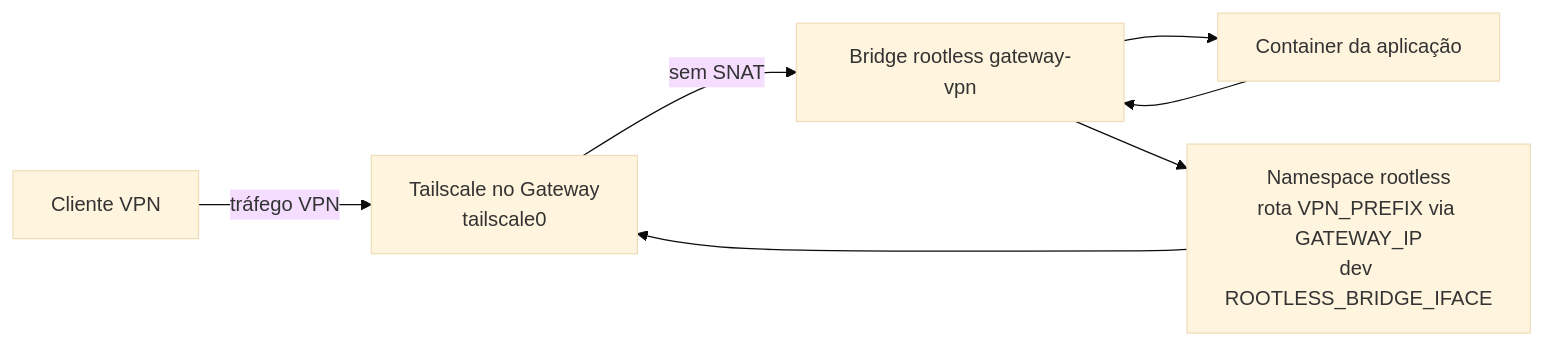
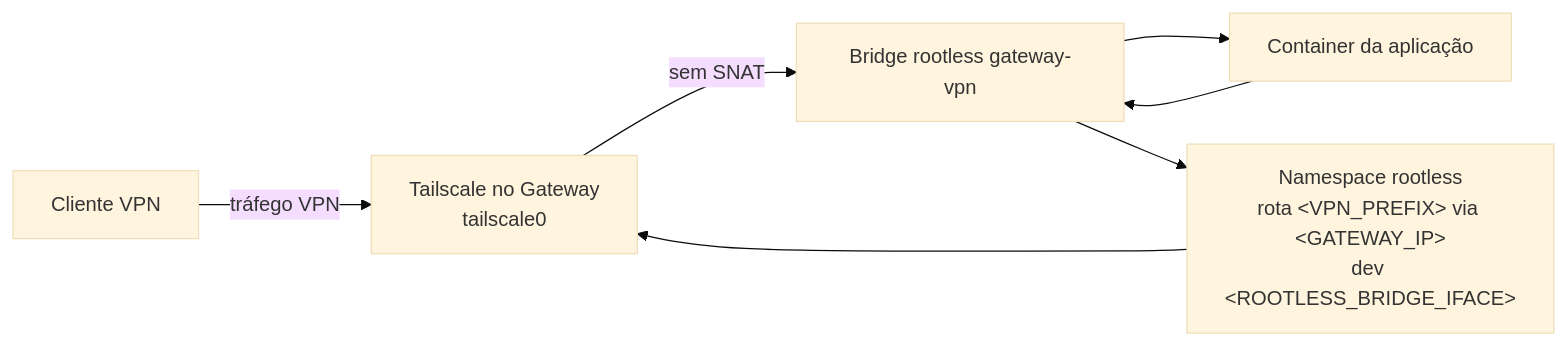
The diagram in docs/recipes/gateway-headscale-podman-rootless.md (FSLobao/webAppBoilerPlate), drawn with Mermaid (base theme) before and after one commit. The commit also changed other lines of this file, not shown here.

First line of the commit message:
docs(gateway): validate rootless recipe on disposable host

````diff
--- a/docs/recipes/gateway-headscale-podman-rootless.md
+++ b/docs/recipes/gateway-headscale-podman-rootless.md
@@ -57,9 +57,9 @@
 ```mermaid
 flowchart LR
     client[Cliente VPN] -->|tráfego VPN| tailscale[Tailscale no Gateway<br/>tailscale0]
     tailscale -->|sem SNAT| bridge[Bridge rootless gateway-vpn]
     bridge --> app[Container da aplicação]
     app --> bridge
-    bridge --> route[Namespace rootless<br/>rota VPN_PREFIX via GATEWAY_IP<br/>dev ROOTLESS_BRIDGE_IFACE]
+    bridge --> route["Namespace rootless<br/>rota &lt;VPN_PREFIX&gt; via &lt;GATEWAY_IP&gt;<br/>dev &lt;ROOTLESS_BRIDGE_IFACE&gt;"]
     route --> tailscale
 ```
````
